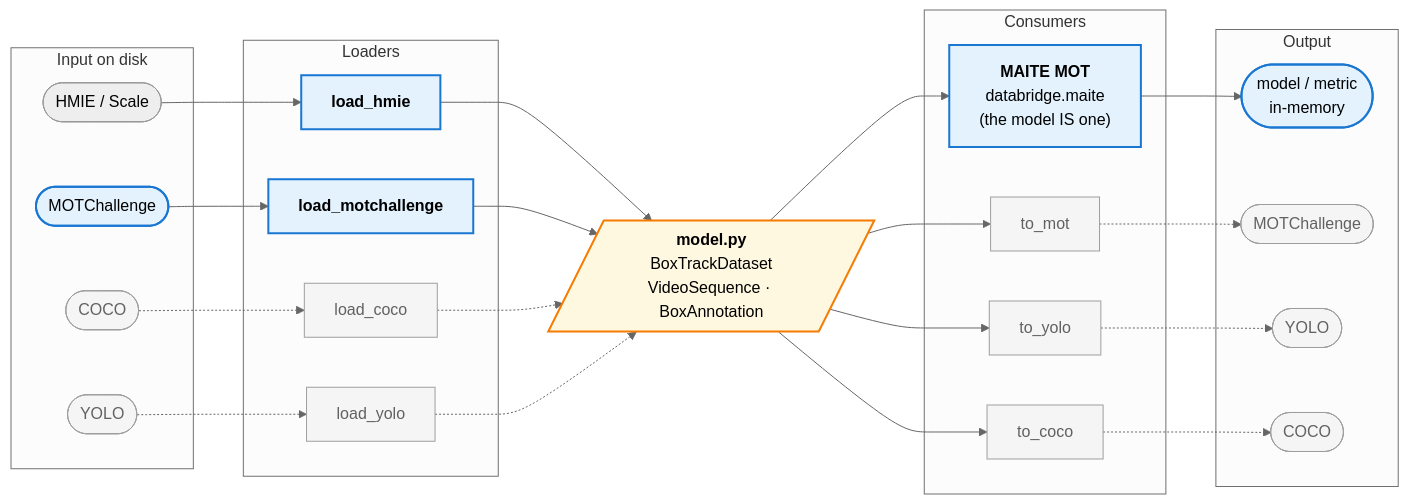
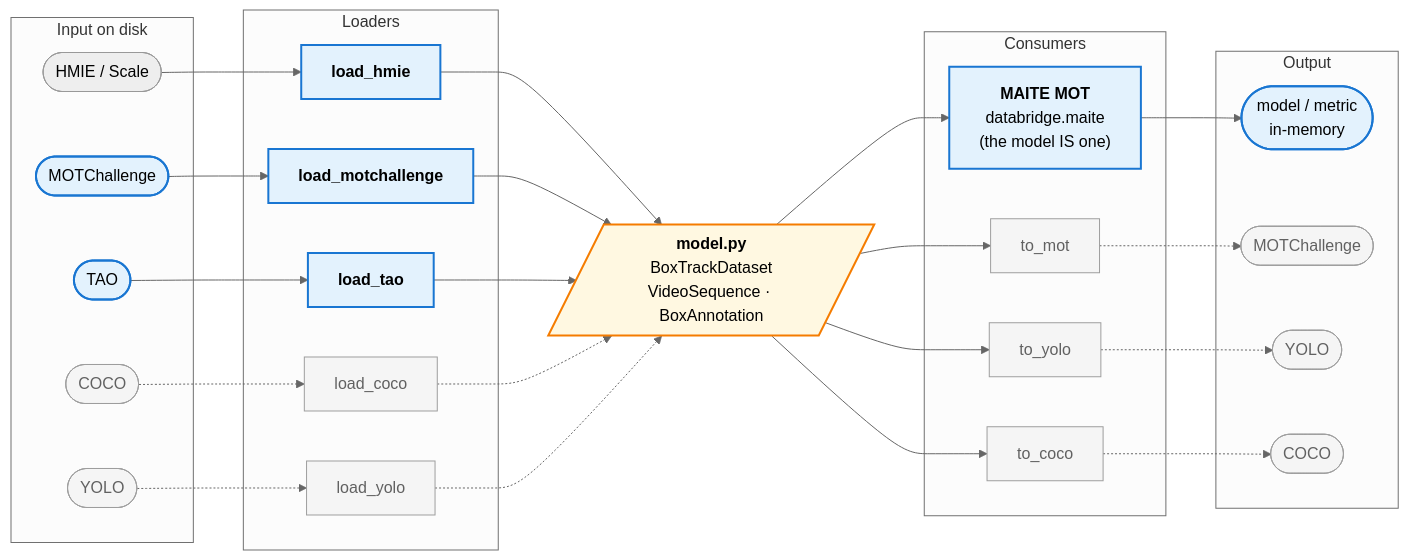
One commit to openteams-ai/datamaite changed the first of 8 diagrams in docs/architecture.md. Above: the diagram before and after it, drawn with Mermaid (neutral theme). The commit also changed other lines of this file and 7 other files, not shown here.

````diff
--- a/docs/architecture.md
+++ b/docs/architecture.md
@@ -29,57 +28,61 @@
 ```mermaid
 flowchart LR
     subgraph in [Input on disk]
         HMIE([HMIE / Scale])
         MOTIN([MOTChallenge])
+        TAOIN([TAO])
         COCOIN([COCO])
         YOLOIN([YOLO])
     end
 
     subgraph loaders [Loaders]
         LH["<b>load_hmie</b>"]
         LM["<b>load_motchallenge</b>"]
+        LT["<b>load_tao</b>"]
         LC["load_coco"]
         LY["load_yolo"]
     end
 
     HUB[/"<b>model.py</b><br/>BoxTrackDataset<br/>VideoSequence · BoxAnnotation"/]
 
     subgraph consumers [Consumers]
         MAITE["<b>MAITE MOT</b><br/>databridge.maite<br/>(the model IS one)"]
         TM["to_mot"]
         TY["to_yolo"]
         TC["to_coco"]
     end
 
     subgraph out [Output]
         MAITEOUT([model / metric<br/>in-memory])
         MOTOUT([MOTChallenge])
         YOLOUT([YOLO])
         COCOUT([COCO])
     end
 
     HMIE --> LH
     MOTIN --> LM
+    TAOIN --> LT
     COCOIN -.-> LC
     YOLOIN -.-> LY
     LH --> HUB
     LM --> HUB
+    LT --> HUB
     LC -.-> HUB
     LY -.-> HUB
     HUB --> MAITE
     HUB --> TM
     HUB --> TY
     HUB --> TC
     MAITE --> MAITEOUT
     TM -.-> MOTOUT
     TY -.-> YOLOUT
     TC -.-> COCOUT
 
     classDef hub fill:#fff8e1,stroke:#f57c00,stroke-width:2px;
     classDef impl fill:#e3f2fd,stroke:#1976d2,stroke-width:2px;
     classDef planned fill:#f5f5f5,stroke:#9e9e9e,color:#616161;
     class HUB hub;
-    class LH,LM,MAITE impl;
-    class MAITEOUT,MOTIN impl;
+    class LH,LM,LT,MAITE impl;
+    class MAITEOUT,MOTIN,TAOIN impl;
     class LC,LY,TM,TY,TC,COCOIN,YOLOIN,MOTOUT,YOLOUT,COCOUT planned;
 ```
````
